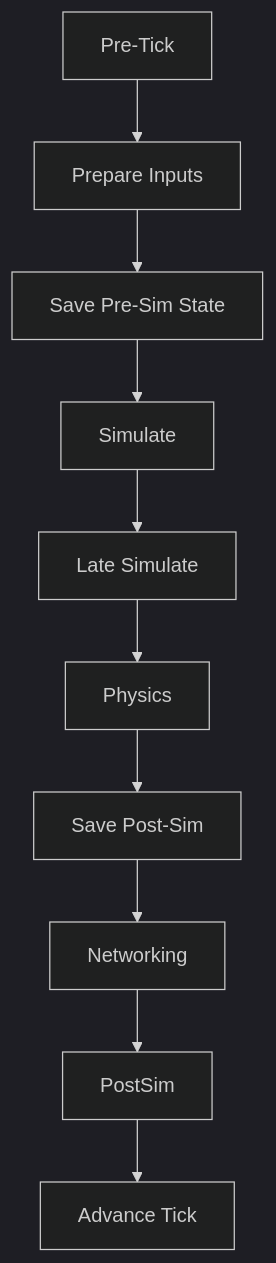
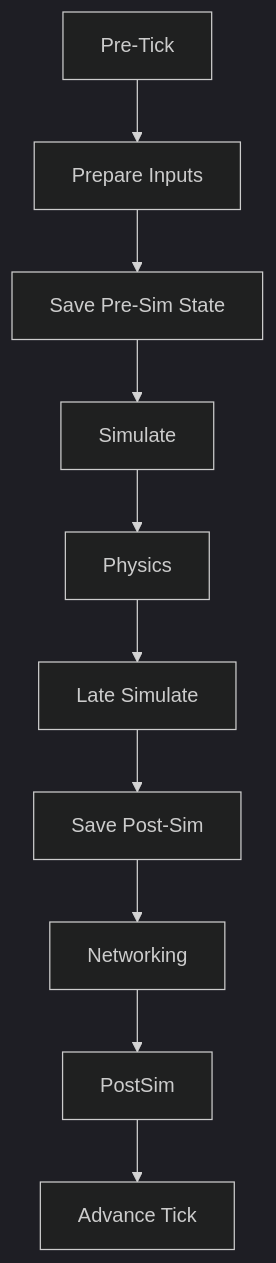
Before and after one commit to PurrNet/PurrDocs: the first of 3 diagrams in client-side-prediction/flow.md, drawn with Mermaid (dark theme). The commit also changed other lines of this file, not shown here.

Commit message:
Docs: update Execution Flow

````diff
--- a/client-side-prediction/flow.md
+++ b/client-side-prediction/flow.md
@@ -9,12 +9,12 @@
 ```mermaid
 flowchart TD
   A[Pre-Tick] --> B[Prepare Inputs]
   B --> C[Save Pre-Sim State]
   C --> D[Simulate]
-  D --> E[Late Simulate]
-  E --> F[Physics]
+  D --> E[Physics]
+  E --> F[Late Simulate]
   F --> G[Save Post-Sim]
   G --> H[Networking]
   H --> I[PostSim]
   I --> J[Advance Tick]
 ```
````
